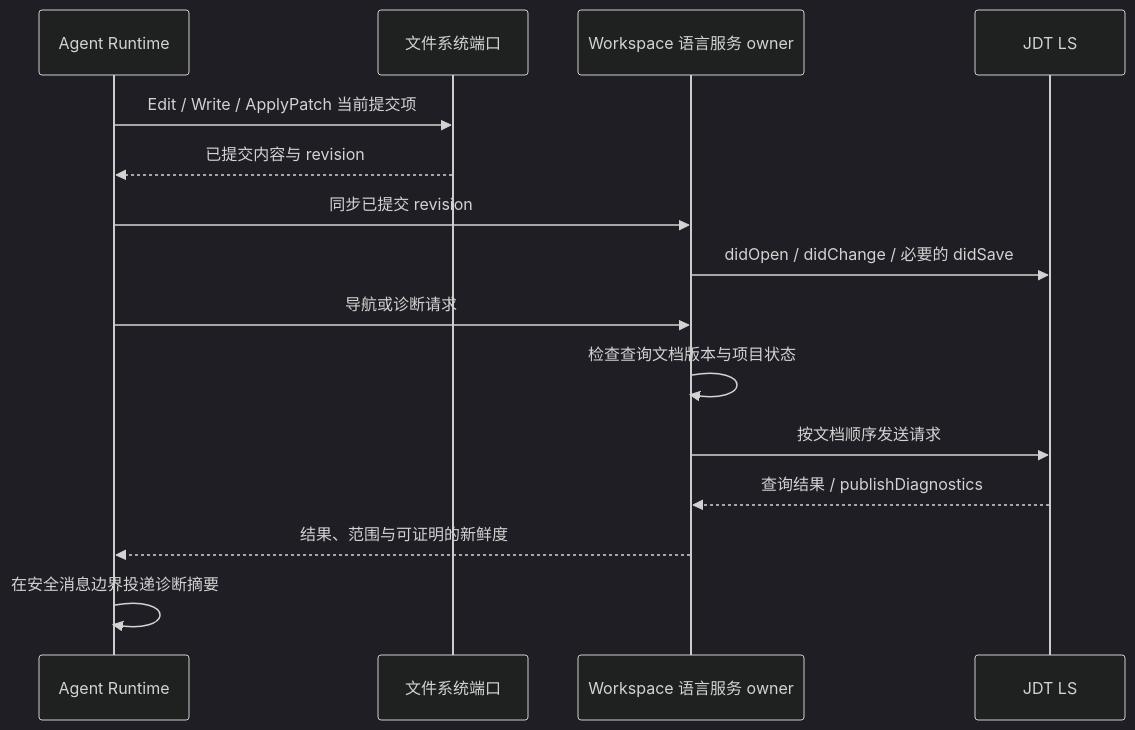
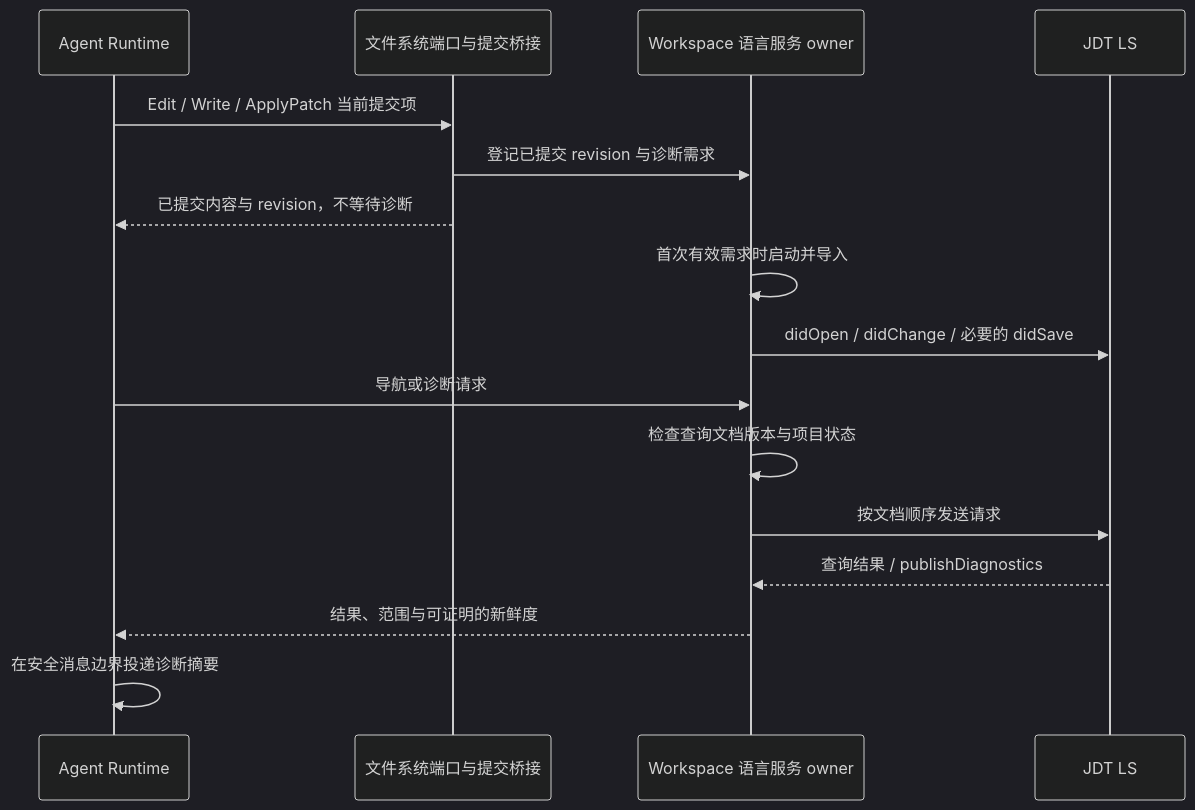
The second of 2 diagrams in specs/agent-tool-optimization/java-lsp/SPEC.md (hammer2dev/mythic-harness), drawn with Mermaid (dark theme) before and after one commit. The commit also changed other lines of this file and 128 other files, not shown here.

````diff
--- a/specs/agent-tool-optimization/java-lsp/SPEC.md
+++ b/specs/agent-tool-optimization/java-lsp/SPEC.md
@@ -181,17 +185,18 @@
 ```mermaid
 sequenceDiagram
     participant R as Agent Runtime
-    participant F as 文件系统端口
+    participant F as 文件系统端口与提交桥接
     participant L as Workspace 语言服务 owner
     participant J as JDT LS
     R->>F: Edit / Write / ApplyPatch 当前提交项
-    F-->>R: 已提交内容与 revision
-    R->>L: 同步已提交 revision
+    F->>L: 登记已提交 revision 与诊断需求
+    F-->>R: 已提交内容与 revision，不等待诊断
+    L->>L: 首次有效需求时启动并导入
     L->>J: didOpen / didChange / 必要的 didSave
     R->>L: 导航或诊断请求
     L->>L: 检查查询文档版本与项目状态
     L->>J: 按文档顺序发送请求
     J-->>L: 查询结果 / publishDiagnostics
     L-->>R: 结果、范围与可证明的新鲜度
     R->>R: 在安全消息边界投递诊断摘要
 ```
````
